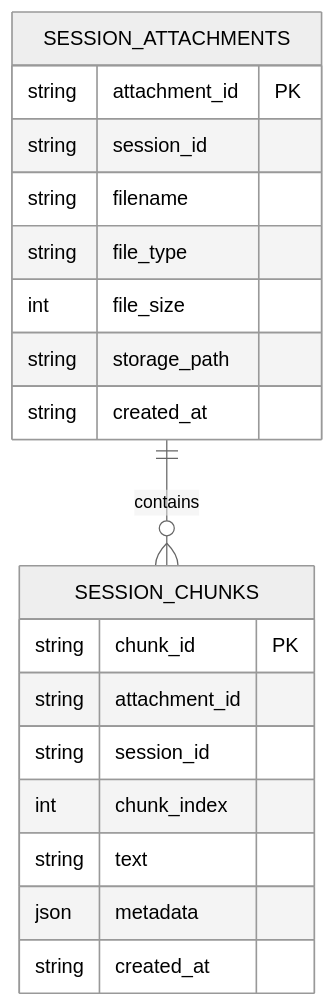
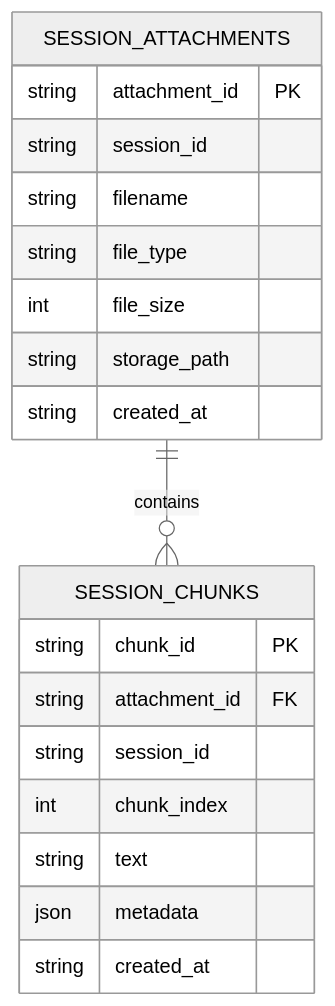
The fourth of 7 diagrams in .qoder/repowiki/en/content/Backend Components/Memory Management and Persistence/Attachment and File Management.md (Sovetsky-Soyuz/AI-Assistant), drawn with Mermaid (neutral theme) before and after one commit. The commit also changed other lines of this file and 14 other files, not shown here.

````diff
--- a/.qoder/repowiki/en/content/Backend Components/Memory Management and Persistence/Attachment and File Management.md
+++ b/.qoder/repowiki/en/content/Backend Components/Memory Management and Persistence/Attachment and File Management.md
@@ -161,22 +167,22 @@
 ```mermaid
 erDiagram
 SESSION_ATTACHMENTS {
 string attachment_id PK
 string session_id
 string filename
 string file_type
 int file_size
 string storage_path
 string created_at
 }
 SESSION_CHUNKS {
 string chunk_id PK
-string attachment_id
+string attachment_id FK
 string session_id
 int chunk_index
 string text
 json metadata
 string created_at
 }
 SESSION_ATTACHMENTS ||--o{ SESSION_CHUNKS : "contains"
 ```
````
